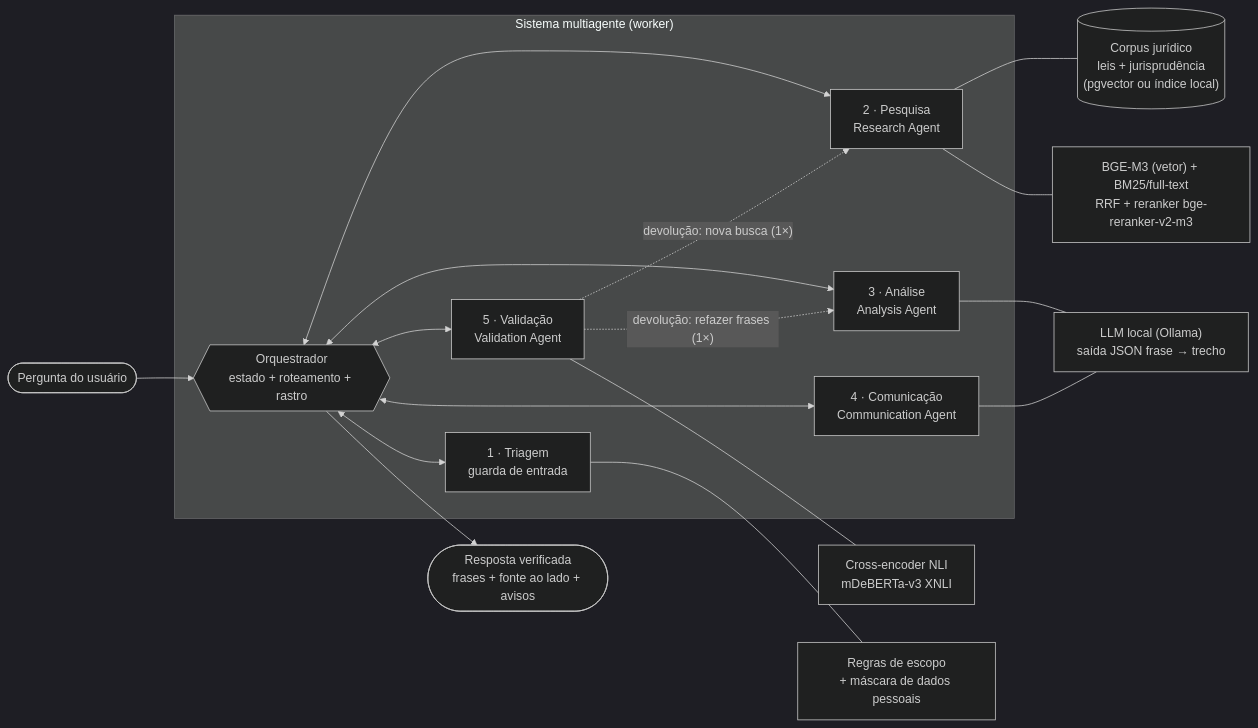
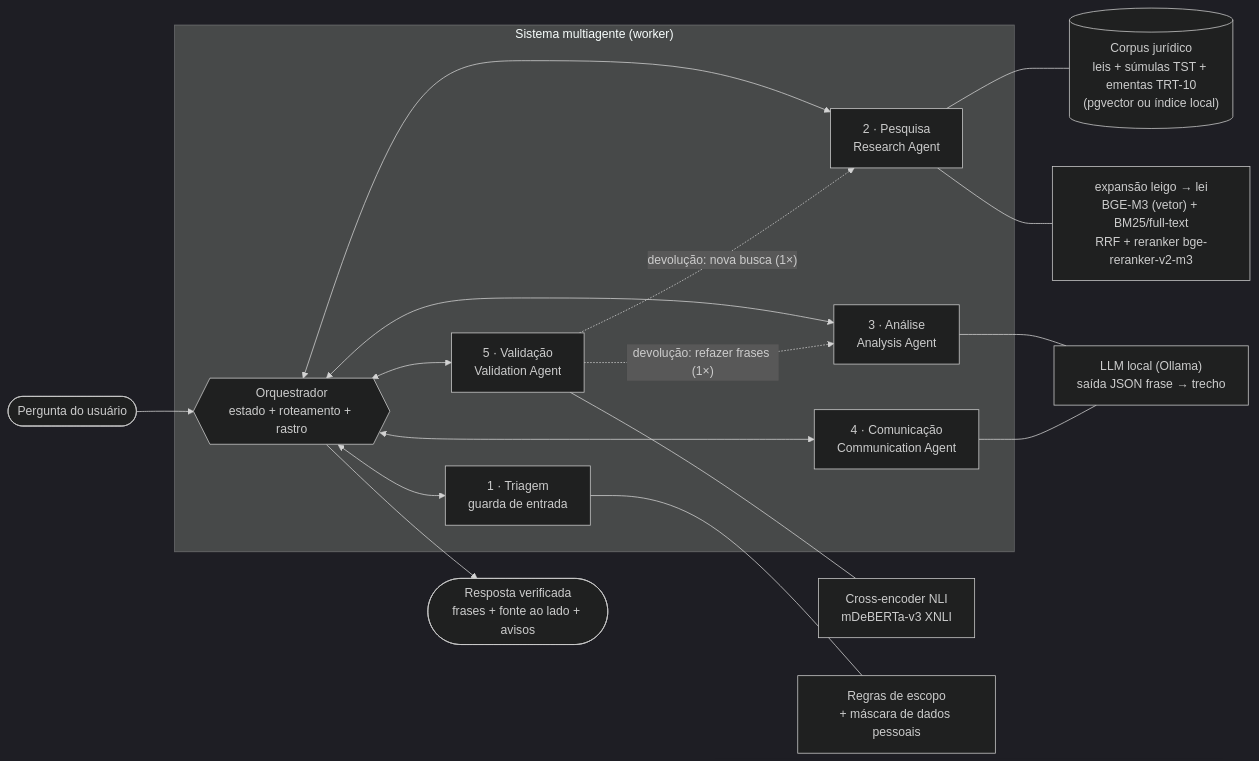
Before and after one commit to femathrl0/Lexai: the first of 2 diagrams in docs/agentes/arquitetura.md, drawn with Mermaid (dark theme). The commit also changed other lines of this file and 3 other files, not shown here.

````diff
--- a/docs/agentes/arquitetura.md
+++ b/docs/agentes/arquitetura.md
@@ -17,29 +17,29 @@
 ```mermaid
 flowchart LR
     U([Pergunta do usuário]) --> O
 
     subgraph SMA["Sistema multiagente (worker)"]
         O{{"Orquestrador<br/>estado + roteamento + rastro"}}
         T["1 · Triagem<br/>guarda de entrada"]
         P["2 · Pesquisa<br/>Research Agent"]
         A["3 · Análise<br/>Analysis Agent"]
         C["4 · Comunicação<br/>Communication Agent"]
         V["5 · Validação<br/>Validation Agent"]
         O <--> T
         O <--> P
         O <--> A
         O <--> C
         O <--> V
         V -. "devolução: refazer frases (1×)" .-> A
         V -. "devolução: nova busca (1×)" .-> P
     end
 
-    P --- IDX[("Corpus jurídico<br/>leis + jurisprudência<br/>(pgvector ou índice local)")]
-    P --- EMB["BGE-M3 (vetor) + BM25/full-text<br/>RRF + reranker bge-reranker-v2-m3"]
+    P --- IDX[("Corpus jurídico<br/>leis + súmulas TST + ementas TRT-10<br/>(pgvector ou índice local)")]
+    P --- EMB["expansão leigo → lei<br/>BGE-M3 (vetor) + BM25/full-text<br/>RRF + reranker bge-reranker-v2-m3"]
     A --- LLM["LLM local (Ollama)<br/>saída JSON frase → trecho"]
     C --- LLM
     V --- NLI["Cross-encoder NLI<br/>mDeBERTa-v3 XNLI"]
     T --- REG["Regras de escopo<br/>+ máscara de dados pessoais"]
 
     O --> R([Resposta verificada<br/>frases + fonte ao lado + avisos])
 ```
````
